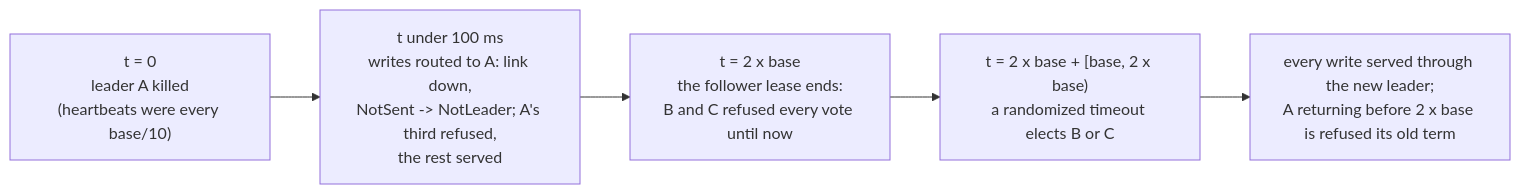
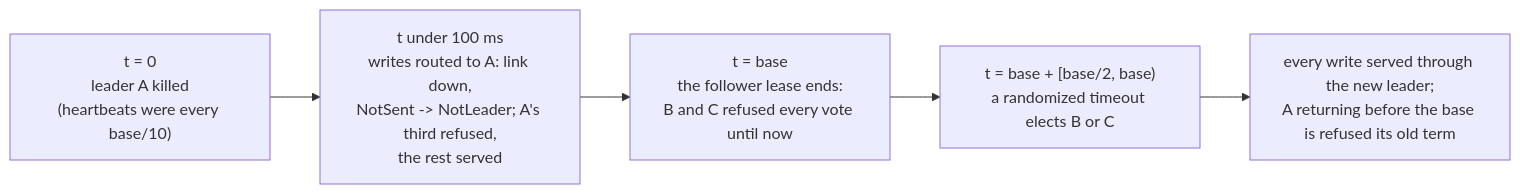
Before and after one commit to mjcarson/shoal: the first of 2 diagrams in docs/src/distributed/failover.md, drawn with Mermaid. The commit also changed other lines of this file and 47 other files, not shown here.

````diff
--- a/docs/src/distributed/failover.md
+++ b/docs/src/distributed/failover.md
@@ -52,9 +52,9 @@
 ```mermaid
 flowchart LR
     t0["t = 0<br/>leader A killed<br/>(heartbeats were every base/10)"]
     t1["t under 100 ms<br/>writes routed to A: link down,<br/>NotSent -> NotLeader; A's third refused,<br/>the rest served"]
-    t2["t = 2 x base<br/>the follower lease ends:<br/>B and C refused every vote until now"]
-    t3["t = 2 x base + [base, 2 x base)<br/>a randomized timeout elects B or C"]
-    t4["every write served through the new leader;<br/>A returning before 2 x base is refused its old term"]
+    t2["t = base<br/>the follower lease ends:<br/>B and C refused every vote until now"]
+    t3["t = base + [base/2, base)<br/>a randomized timeout elects B or C"]
+    t4["every write served through the new leader;<br/>A returning before the base is refused its old term"]
     t0 --> t1 --> t2 --> t3 --> t4
 ```
````
